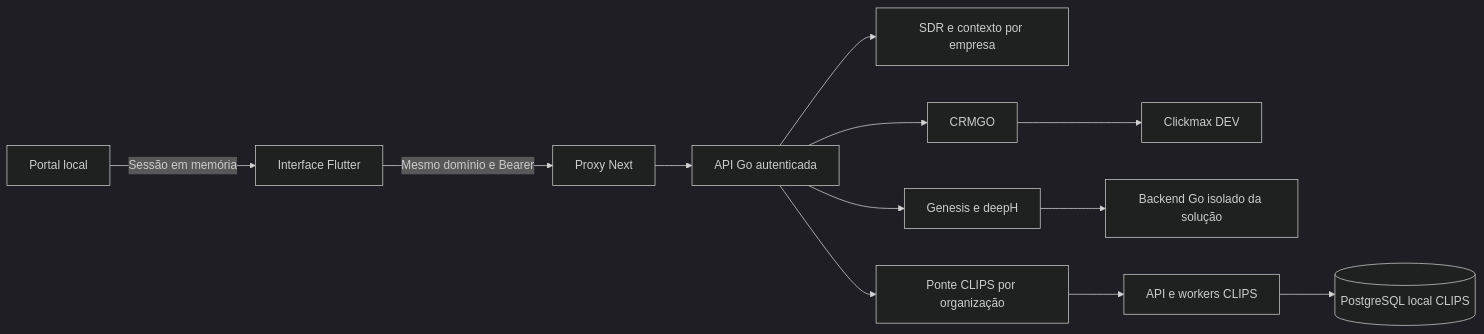
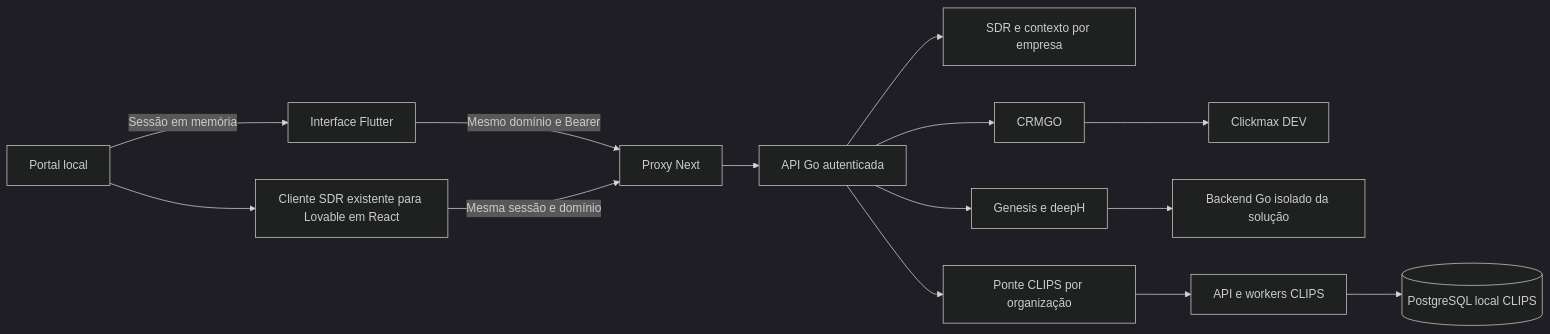
One commit to tom-lisboa/ArkomGO changed the diagram in docs/ECOSISTEMA-LOCAL-FLUTTER.md. Above: the diagram before and after it, drawn with Mermaid (dark theme). The commit also changed other lines of this file and 17 other files, not shown here.

````diff
--- a/docs/ECOSISTEMA-LOCAL-FLUTTER.md
+++ b/docs/ECOSISTEMA-LOCAL-FLUTTER.md
@@ -32,14 +35,16 @@
 ```mermaid
 flowchart LR
   P[Portal local] -->|Sessão em memória| F[Interface Flutter]
   F -->|Mesmo domínio e Bearer| N[Proxy Next]
+  P --> L[Cliente SDR existente para Lovable em React]
+  L -->|Mesma sessão e domínio| N
   N --> A[API Go autenticada]
   A --> S[SDR e contexto por empresa]
   A --> C[CRMGO]
   C --> D[Clickmax DEV]
   A --> H[Genesis e deepH]
   H --> R[Backend Go isolado da solução]
   A --> V[Ponte CLIPS por organização]
   V --> W[API e workers CLIPS]
   W --> B[(PostgreSQL local CLIPS)]
 ```
````
